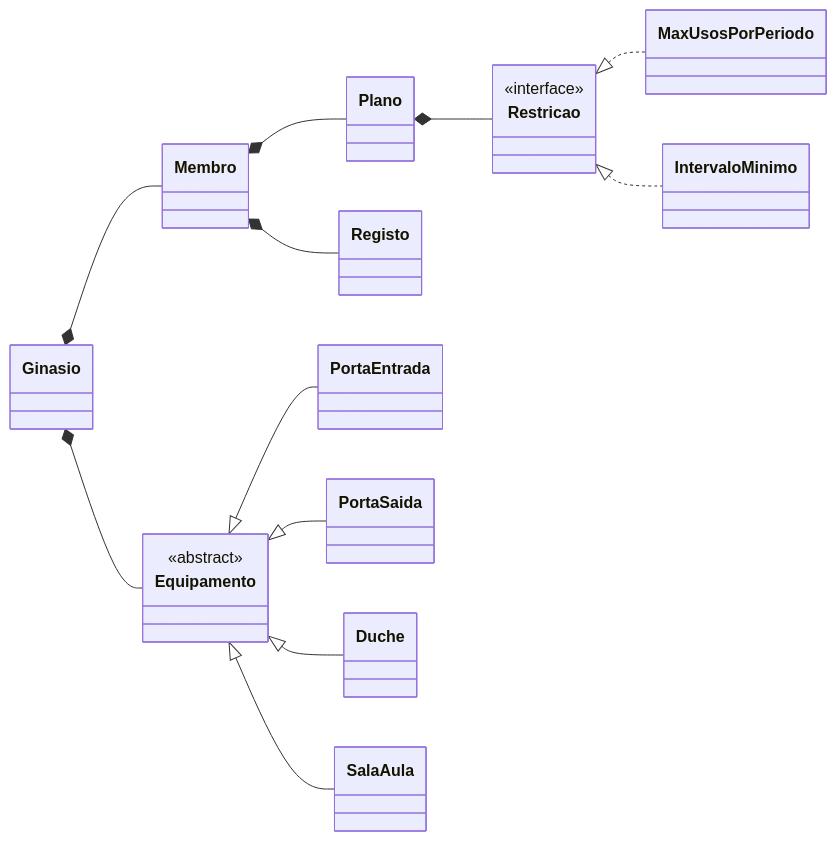
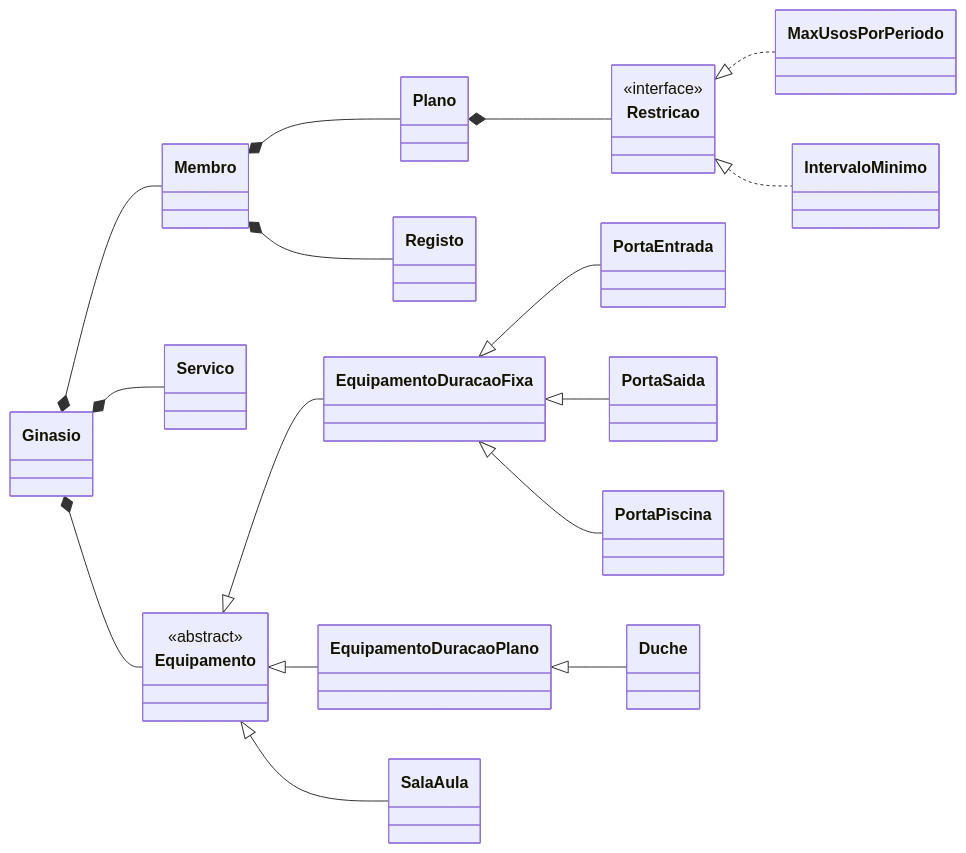
The diagram in README.md (CLopes86/ESTGym), drawn with Mermaid before and after one commit. The commit also changed other lines of this file and 2 other files, not shown here.

````diff
--- a/README.md
+++ b/README.md
@@ -47,17 +48,21 @@
 ```mermaid
 classDiagram
     direction LR
     Ginasio *-- Membro
+    Ginasio *-- Servico
     Ginasio *-- Equipamento
     Membro *-- Plano
     Membro *-- Registo
     Plano *-- Restricao
     Restricao <|.. MaxUsosPorPeriodo
     Restricao <|.. IntervaloMinimo
-    Equipamento <|-- PortaEntrada
-    Equipamento <|-- PortaSaida
-    Equipamento <|-- Duche
+    Equipamento <|-- EquipamentoDuracaoFixa
+    Equipamento <|-- EquipamentoDuracaoPlano
     Equipamento <|-- SalaAula
+    EquipamentoDuracaoFixa <|-- PortaEntrada
+    EquipamentoDuracaoFixa <|-- PortaSaida
+    EquipamentoDuracaoFixa <|-- PortaPiscina
+    EquipamentoDuracaoPlano <|-- Duche
     class Restricao { <<interface>> }
     class Equipamento { <<abstract>> }
 ```
````
